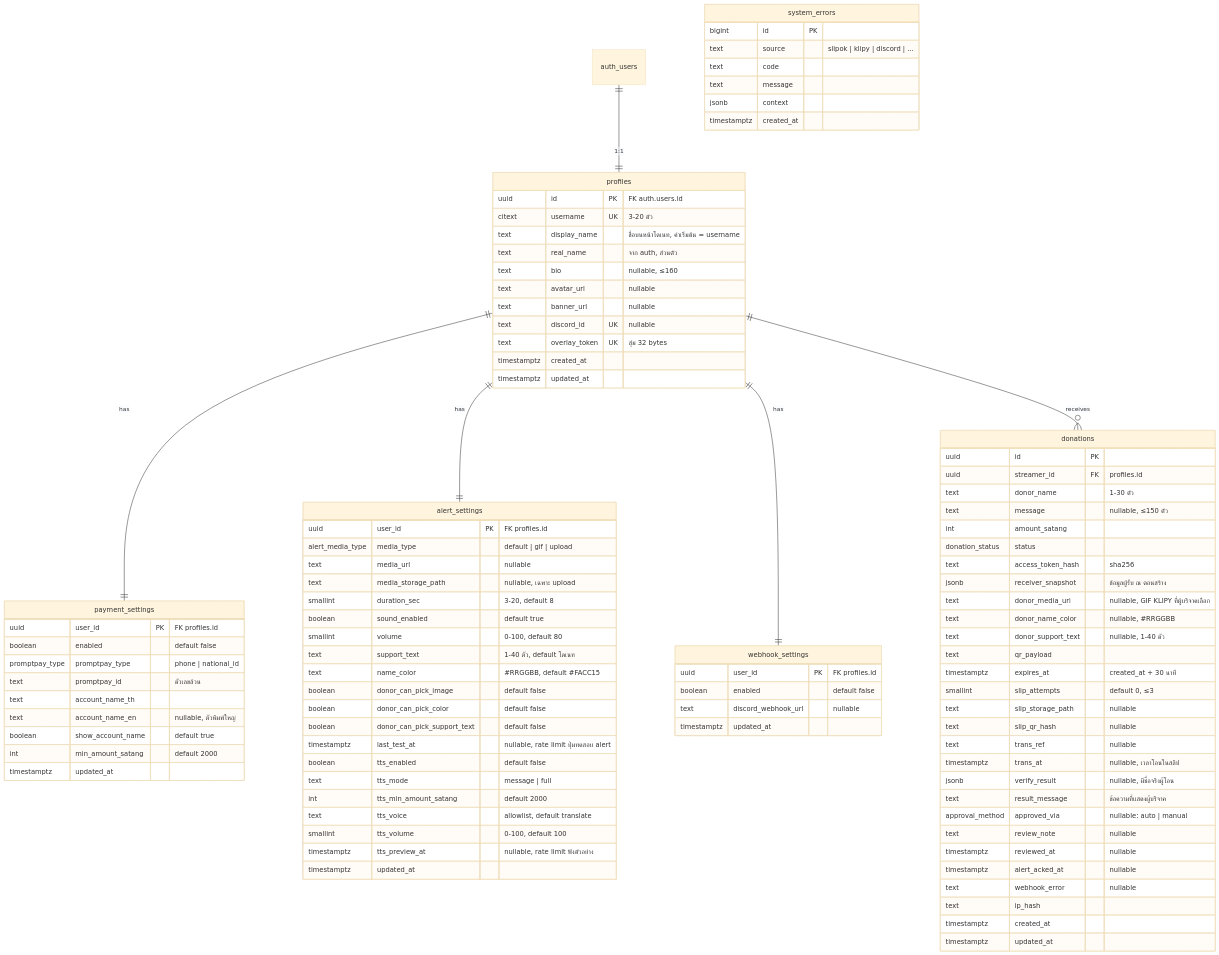
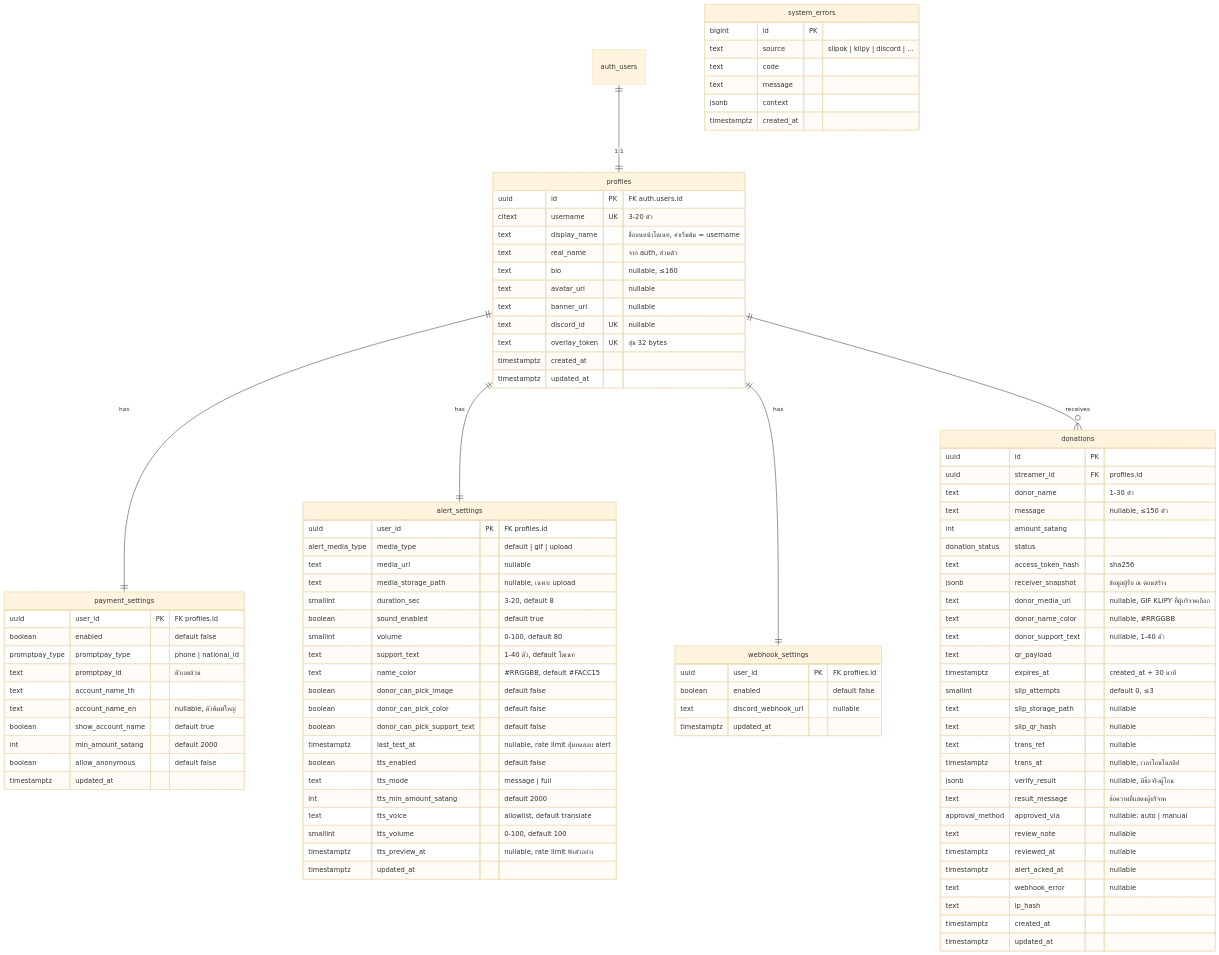
One commit to autosuwan/kortangnoi changed the diagram in docs/er.md. Above: the diagram before and after it, drawn with Mermaid (base theme). The commit also changed 16 other files, not shown here.

```diff
--- a/docs/er.md
+++ b/docs/er.md
@@ -33,6 +33,7 @@
     text account_name_en "nullable, ตัวพิมพ์ใหญ่"
     boolean show_account_name "default true"
     int min_amount_satang "default 2000"
+    boolean allow_anonymous "default false"
     timestamptz updated_at
   }
 
```
